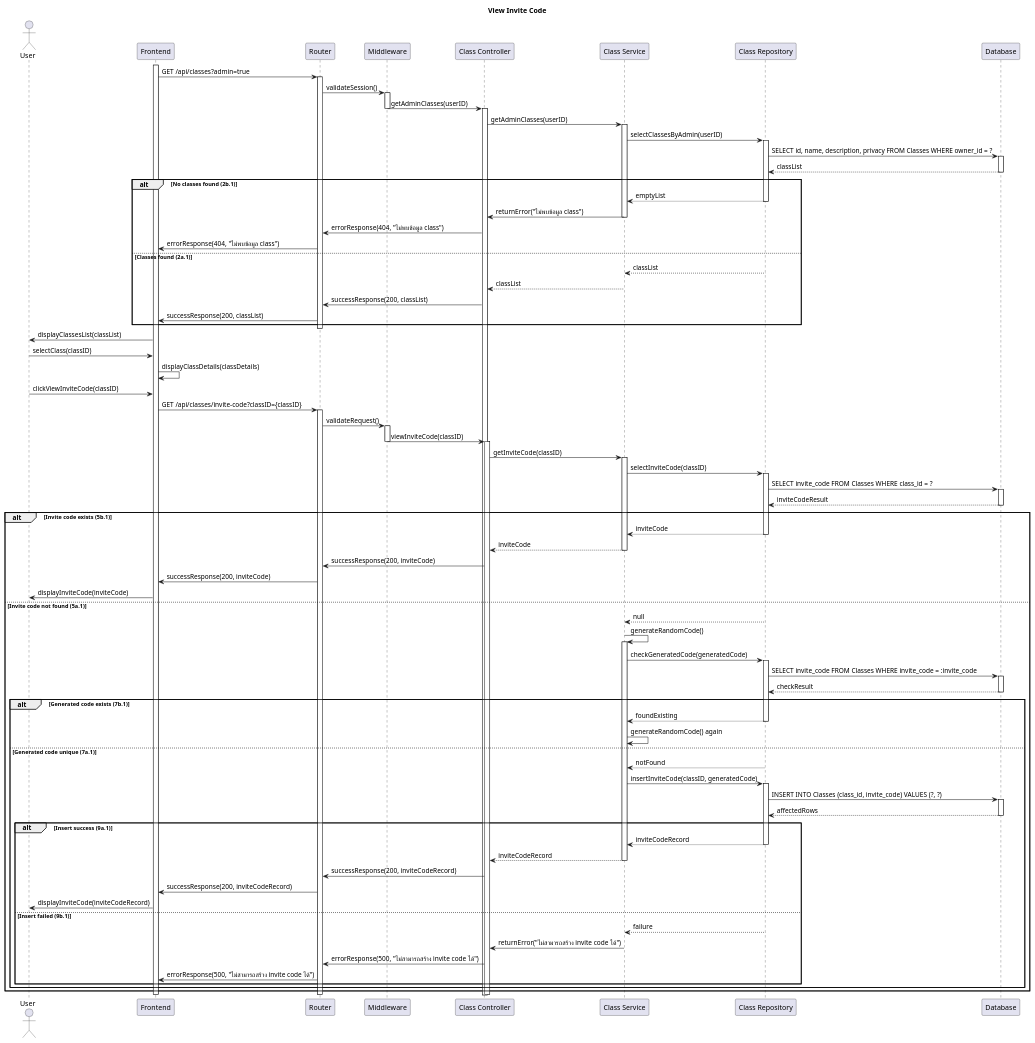
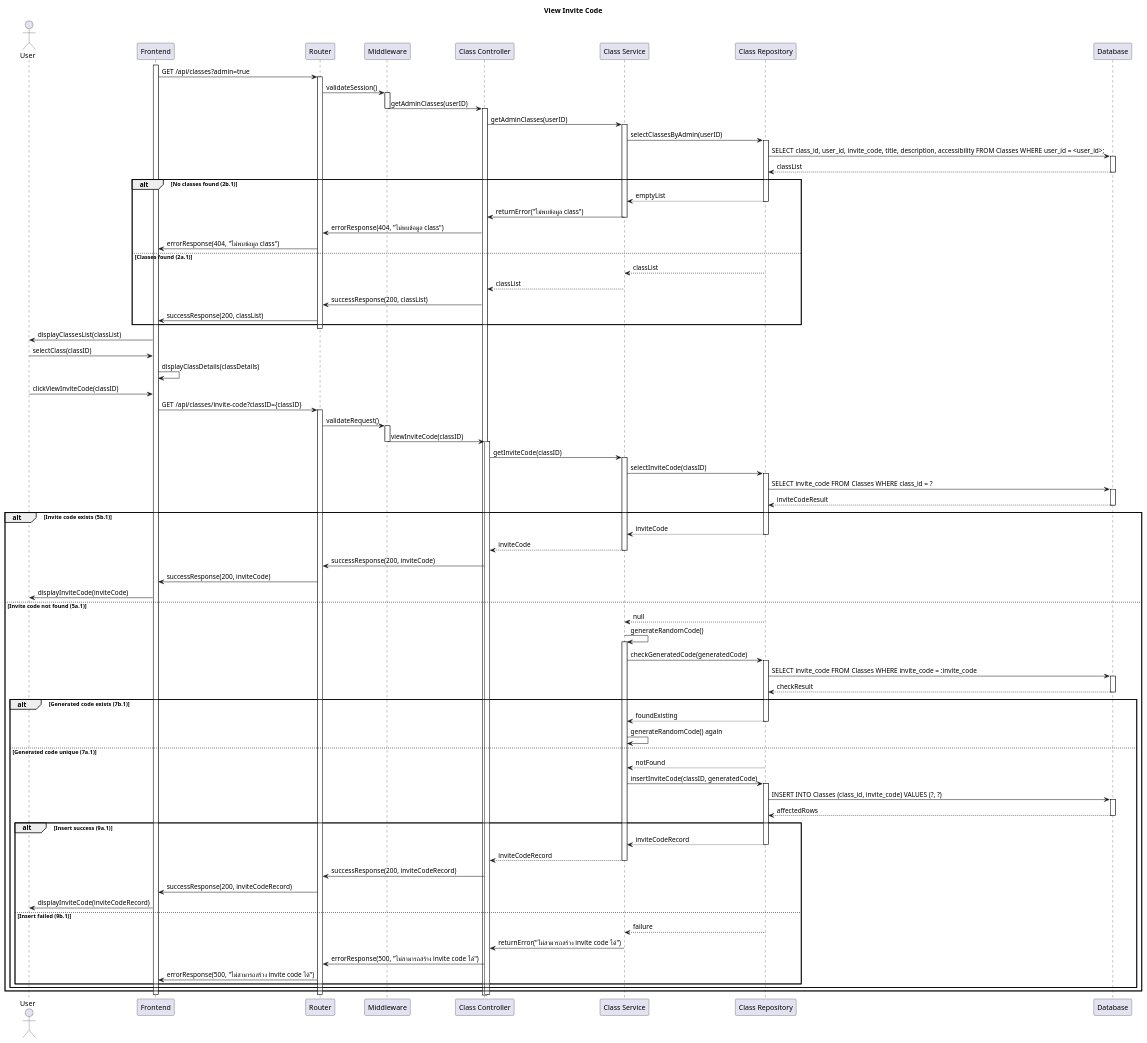
Before and after one commit to CS371-Project-Management/CS371-Sequence-Diagram: the diagram in SD-View-Invite-Code.puml, drawn with PlantUML. The commit also changed 10 other files, not shown here.

```diff
--- a/SD-View-Invite-Code.puml
+++ b/SD-View-Invite-Code.puml
@@ -1,123 +1,123 @@
 @startuml
 title View Invite Code
 
 actor User
 participant "Frontend" as FE
 participant Router
 participant "Middleware" as MW
 participant "Class Controller" as Controller
 participant "Class Service" as Service
 participant "Class Repository" as Repository
 participant "Database" as DB
 
 'Phase 1: Retrieve Admin Classes'
 activate FE
 FE -> Router: GET /api/classes?admin=true
 activate Router
 Router -> MW: validateSession()
 activate MW
 MW -> Controller: getAdminClasses(userID)
 deactivate MW
 activate Controller
 Controller -> Service: getAdminClasses(userID)
 activate Service
 Service -> Repository: selectClassesByAdmin(userID)
 activate Repository
-Repository -> DB: SELECT id, name, description, privacy FROM Classes WHERE owner_id = ?
+Repository -> DB: SELECT class_id, user_id, invite_code, title, description, accessibility FROM Classes WHERE user_id = <user_id>;
 activate DB
 DB --> Repository: classList
 deactivate DB
 alt No classes found (2b.1)
     Repository --> Service: emptyList
     deactivate Repository
     Service -> Controller: returnError("ไม่พบข้อมูล class")
     deactivate Service
     Controller -> Router: errorResponse(404, "ไม่พบข้อมูล class")
     Router -> FE: errorResponse(404, "ไม่พบข้อมูล class")
 else Classes found (2a.1)
     Repository --> Service: classList
     deactivate Repository
     Service --> Controller: classList
     deactivate Service
     Controller -> Router: successResponse(200, classList)
     Router -> FE: successResponse(200, classList)
 end
 deactivate Router
 FE -> User: displayClassesList(classList)
 
 'Phase 2: User selects class and clicks View Invite Code'
 User -> FE: selectClass(classID)
 FE -> FE: displayClassDetails(classDetails)
 User -> FE: clickViewInviteCode(classID)
 FE -> Router: GET /api/classes/invite-code?classID={classID}
 activate Router
 Router -> MW: validateRequest()
 activate MW
 MW -> Controller: viewInviteCode(classID)
 deactivate MW
 activate Controller
 Controller -> Service: getInviteCode(classID)
 activate Service
 Service -> Repository: selectInviteCode(classID)
 activate Repository
 Repository -> DB: SELECT invite_code FROM Classes WHERE class_id = ?
 activate DB
 DB --> Repository: inviteCodeResult
 deactivate DB
 alt Invite code exists (5b.1)
     Repository --> Service: inviteCode
     deactivate Repository
     Service --> Controller: inviteCode
     deactivate Service
     Controller -> Router: successResponse(200, inviteCode)
     Router -> FE: successResponse(200, inviteCode)
     FE -> User: displayInviteCode(inviteCode)
 else Invite code not found (5a.1)
     Repository --> Service: null
     deactivate Repository
     'Generate new invite code'
     Service -> Service: generateRandomCode()
     activate Service
     Service -> Repository: checkGeneratedCode(generatedCode)
     activate Repository
     Repository -> DB: SELECT invite_code FROM Classes WHERE invite_code = :invite_code
     activate DB
     DB --> Repository: checkResult
     deactivate DB
     alt Generated code exists (7b.1)
         Repository --> Service: foundExisting
         deactivate Repository
         Service -> Service: generateRandomCode() again
         'Loop back to checking generated code'
     else Generated code unique (7a.1)
         Repository --> Service: notFound
         deactivate Repository
         Service -> Repository: insertInviteCode(classID, generatedCode)
         activate Repository
         Repository -> DB: INSERT INTO Classes (class_id, invite_code) VALUES (?, ?)
         activate DB
         DB --> Repository: affectedRows
         deactivate DB
         alt Insert success (9a.1)
             Repository --> Service: inviteCodeRecord
             deactivate Repository
             Service --> Controller: inviteCodeRecord
             deactivate Service
             Controller -> Router: successResponse(200, inviteCodeRecord)
             Router -> FE: successResponse(200, inviteCodeRecord)
             FE -> User: displayInviteCode(inviteCodeRecord)
         else Insert failed (9b.1)
             Repository --> Service: failure
             deactivate Repository
             Service -> Controller: returnError("ไม่สามารถสร้าง invite code ได้")
             deactivate Service
             Controller -> Router: errorResponse(500, "ไม่สามารถสร้าง invite code ได้")
             Router -> FE: errorResponse(500, "ไม่สามารถสร้าง invite code ได้")
         end
     end
 end
 deactivate Controller
 deactivate Router
 deactivate FE
 
 @enduml
```
